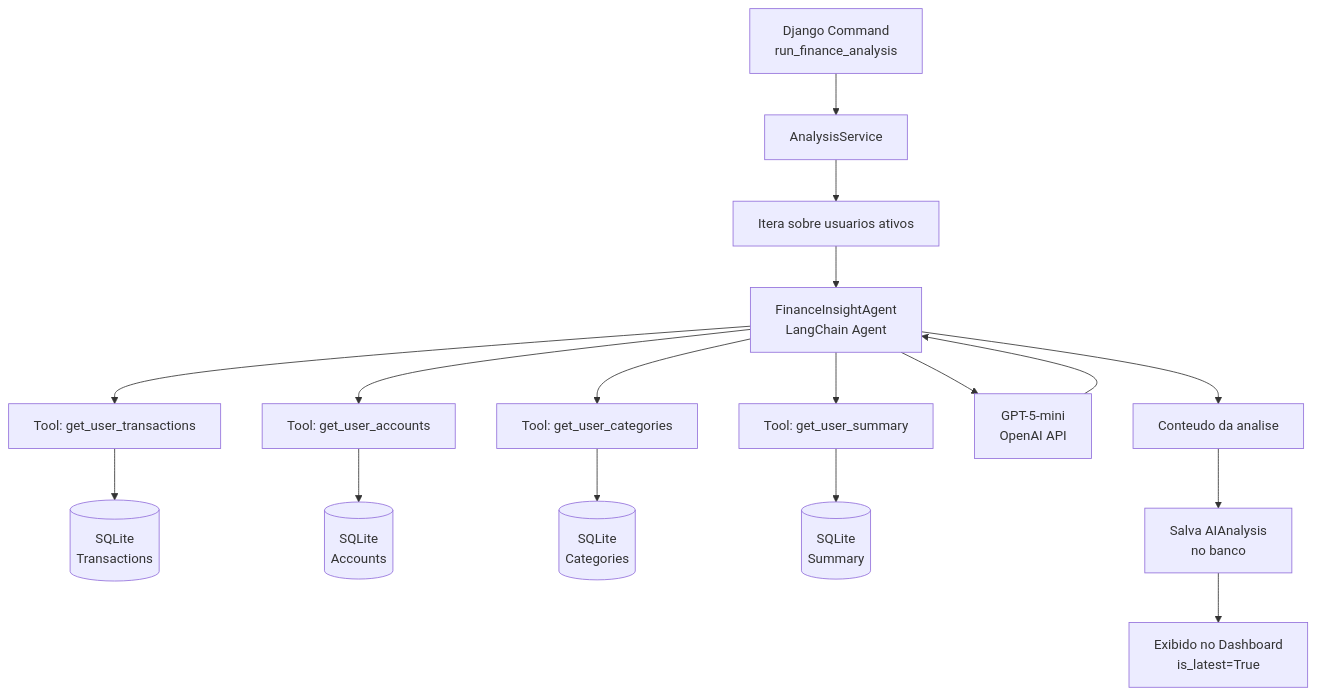
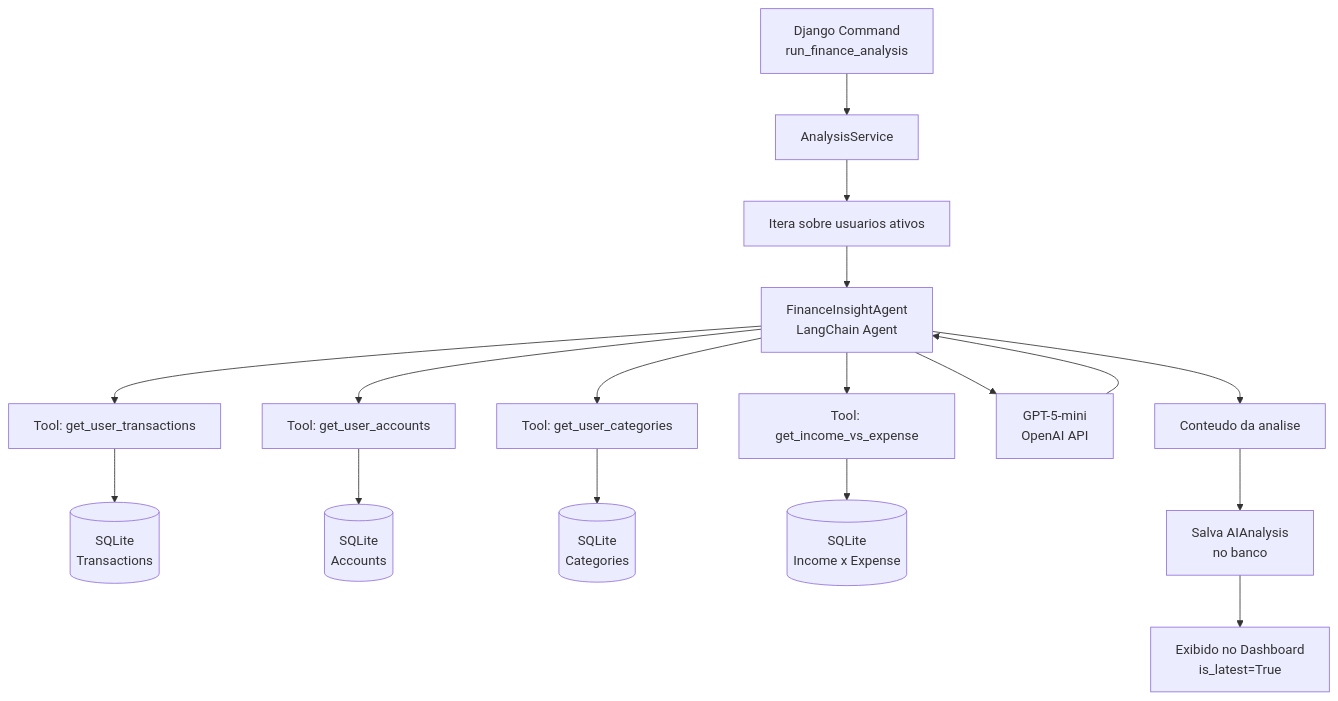
One commit to ThiagoHMDornelas/finanpy changed the diagram in docs/ai-finance-agent.md. Above: the diagram before and after it, drawn with Mermaid. The commit also changed other lines of this file and 55 other files, not shown here.

````diff
--- a/docs/ai-finance-agent.md
+++ b/docs/ai-finance-agent.md
@@ -11,19 +11,19 @@
 ```mermaid
 flowchart TD
     CMD[Django Command<br/>run_finance_analysis] --> SVC[AnalysisService]
     SVC --> LOOP[Itera sobre usuarios ativos]
     LOOP --> AGENT[FinanceInsightAgent<br/>LangChain Agent]
     AGENT --> T1[Tool: get_user_transactions]
     AGENT --> T2[Tool: get_user_accounts]
     AGENT --> T3[Tool: get_user_categories]
-    AGENT --> T4[Tool: get_user_summary]
+    AGENT --> T4[Tool: get_income_vs_expense]
     T1 --> DB[(SQLite<br/>Transactions)]
     T2 --> DB2[(SQLite<br/>Accounts)]
     T3 --> DB3[(SQLite<br/>Categories)]
-    T4 --> DB4[(SQLite<br/>Summary)]
+    T4 --> DB4[(SQLite<br/>Income x Expense)]
     AGENT --> LLM[GPT-5-mini<br/>OpenAI API]
     LLM --> AGENT
     AGENT --> RESULT[Conteudo da analise]
     RESULT --> SAVE[Salva AIAnalysis<br/>no banco]
     SAVE --> DASH[Exibido no Dashboard<br/>is_latest=True]
 ```
````
